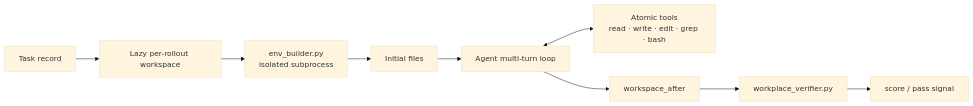
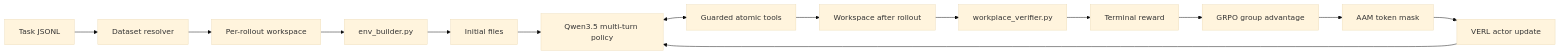
The diagram in README.md (zeng-yirong/clawloop), drawn with Mermaid (base theme) before and after one commit. The commit also changed other lines of this file, not shown here.

````diff
--- a/README.md
+++ b/README.md
@@ -68,11 +161,16 @@
 ```mermaid
 flowchart LR
-    A[Task record] --> B[Lazy per-rollout workspace]
-    B --> C[env_builder.py<br/>isolated subprocess]
-    C --> D[Initial files]
-    D --> E[Agent multi-turn loop]
-    E <--> F[Atomic tools<br/>read · write · edit · grep · bash]
-    E --> G[workspace_after]
-    G --> H[workplace_verifier.py]
-    H --> I[score / pass signal]
+    A[Task JSONL] --> B[Dataset resolver]
+    B --> C[Per-rollout workspace]
+    C --> D[env_builder.py]
+    D --> E[Initial files]
+    E --> F[Qwen3.5 multi-turn policy]
+    F <--> G[Guarded atomic tools]
+    G --> H[Workspace after rollout]
+    H --> I[workplace_verifier.py]
+    I --> J[Terminal reward]
+    J --> K[GRPO group advantage]
+    K --> L[AAM token mask]
+    L --> M[VERL actor update]
+    M --> F
 ```
````
